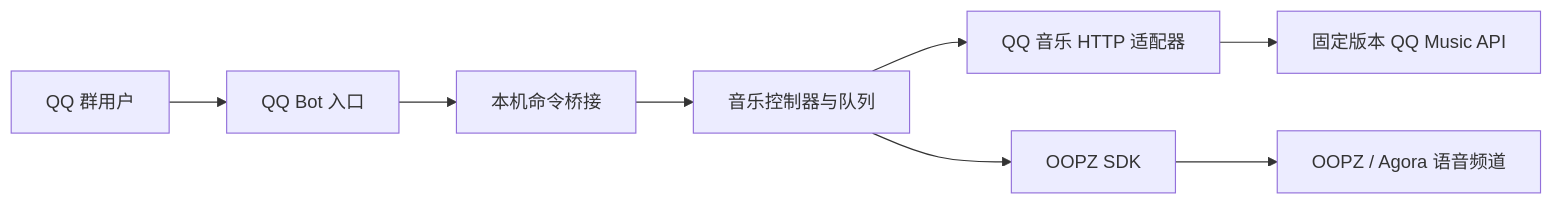
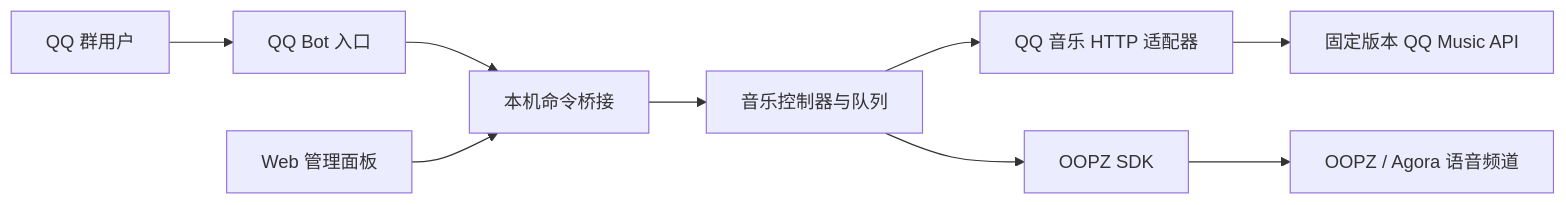
Before and after one commit to ji333abc/oopz-music-bot: the diagram in README.md, drawn with Mermaid. The commit also changed other lines of this file and 47 other files, not shown here.

````diff
--- a/README.md
+++ b/README.md
@@ -19,10 +22,11 @@
 ```mermaid
 flowchart LR
     User["QQ 群用户"] --> QQ["QQ Bot 入口"]
     QQ --> Bridge["本机命令桥接"]
+    Panel["Web 管理面板"] --> Bridge
     Bridge --> Core["音乐控制器与队列"]
     Core --> Music["QQ 音乐 HTTP 适配器"]
     Music --> API["固定版本 QQ Music API"]
     Core --> SDK["OOPZ SDK"]
     SDK --> Voice["OOPZ / Agora 语音频道"]
 ```
````
